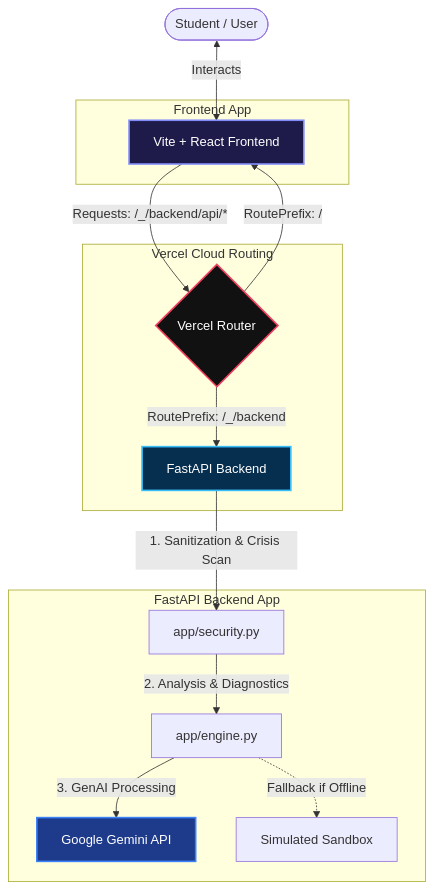
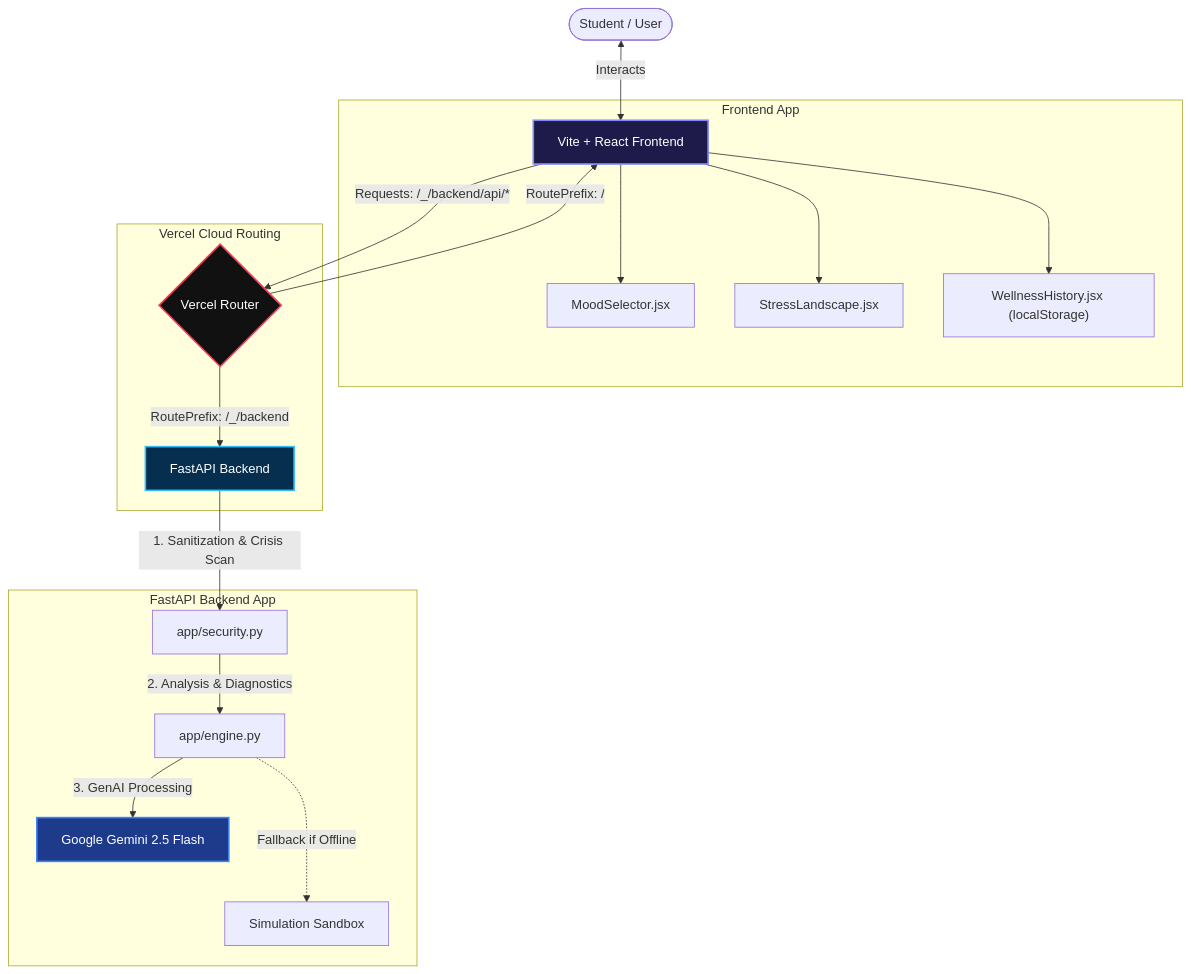
Before and after one commit to LuxShar007/MindVane: the diagram in README.md, drawn with Mermaid. The commit also changed other lines of this file and 6 other files, not shown here.

````diff
--- a/README.md
+++ b/README.md
@@ -37,26 +62,32 @@
 ```mermaid
 graph TD
     User(["Student / User"]) <-->|Interacts| FE["Vite + React Frontend"]
     FE -->|Requests: /_/backend/api/*| Vercel{"Vercel Router"}
     
     subgraph Frontend App
         FE
+        MS["MoodSelector.jsx"]
+        SL["StressLandscape.jsx"]
+        WH["WellnessHistory.jsx (localStorage)"]
+        FE --> MS
+        FE --> SL
+        FE --> WH
     end
     
     subgraph Vercel Cloud Routing
         Vercel -->|RoutePrefix: /| FE
         Vercel -->|RoutePrefix: /_/backend| BE["FastAPI Backend"]
     end
 
     subgraph FastAPI Backend App
         BE -->|1. Sanitization & Crisis Scan| Sec["app/security.py"]
         Sec -->|2. Analysis & Diagnostics| Eng["app/engine.py"]
-        Eng -->|3. GenAI Processing| Gemini["Google Gemini API"]
-        Eng -.->|Fallback if Offline| Sim["Simulated Sandbox"]
+        Eng -->|3. GenAI Processing| Gemini["Google Gemini 2.5 Flash"]
+        Eng -..->|Fallback if Offline| Sim["Simulation Sandbox"]
     end
 
     style FE fill:#1e1b4b,stroke:#818cf8,stroke-width:2px,color:#fff
     style BE fill:#062f4f,stroke:#38bdf8,stroke-width:2px,color:#fff
     style Vercel fill:#111,stroke:#f43f5e,stroke-width:2px,color:#fff
     style Gemini fill:#1e3a8a,stroke:#3b82f6,stroke-width:2px,color:#fff
 ```
````
